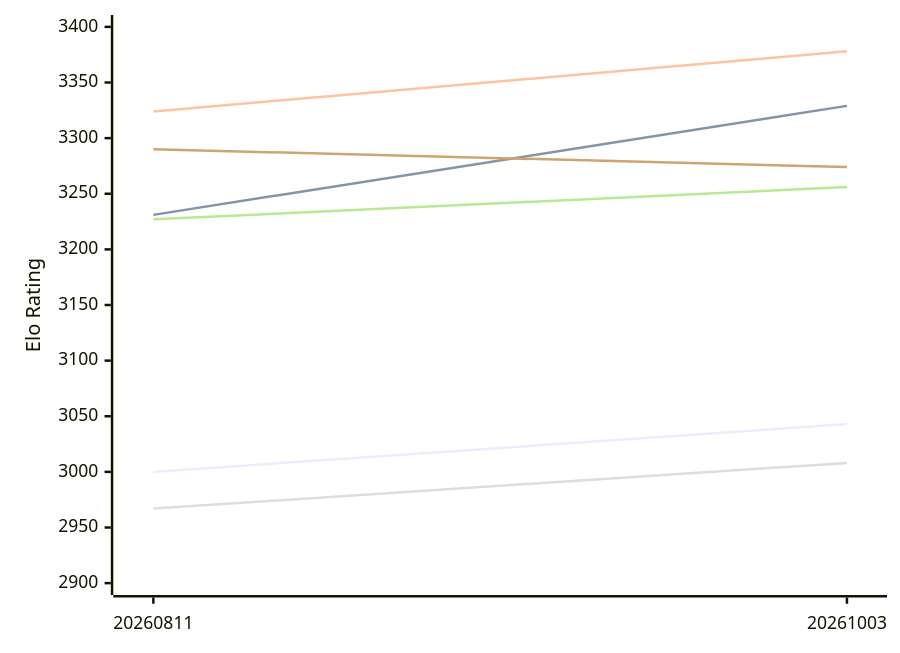
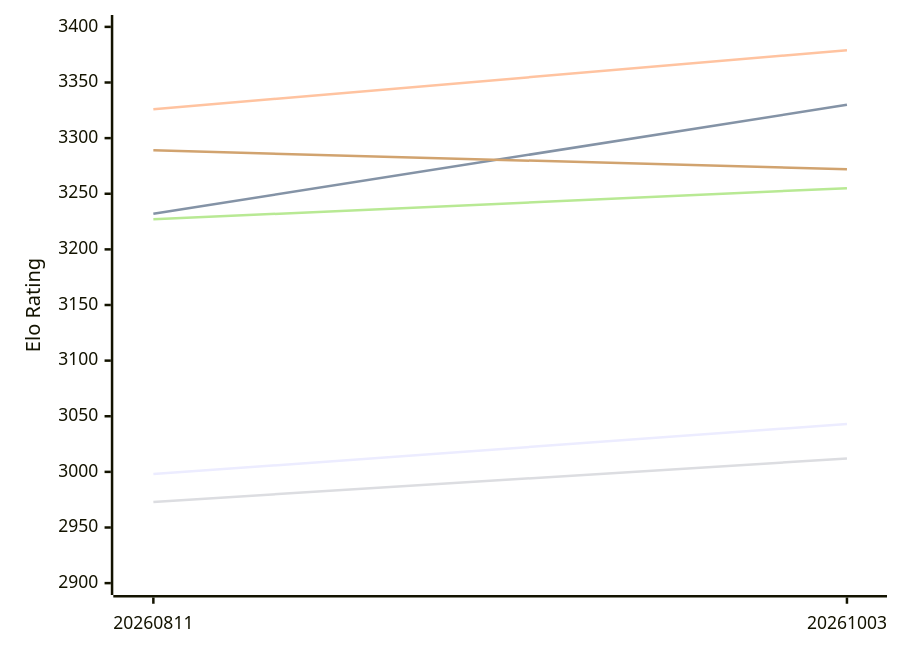
One commit to computer-chess-index/cci changed the first of 2 diagrams in engines/Askaig.md. Above: the diagram before and after it, drawn with Mermaid. The commit also changed other lines of this file, not shown here.

Commit message:
Update CCI Ratings (ELO VLTC) - 2026-11-17

````diff
--- a/engines/Askaig.md
+++ b/engines/Askaig.md
@@ -52,12 +52,12 @@
 ```mermaid
 %%{init: {"theme":"base","themeVariables":{"seriesColors:['#a3a3a3','#222221','#faa371']}}}%%
 xychart-beta
   x-axis ["20260811", "20261003"]
   y-axis "Elo Rating" 2900 --> 3400
-  line "E1: STC (8.0+0.08s)" [3000, 3043]
-  line "E1: LTC (60.0+0.60s)" [3231, 3329]
-  line "E1: VLTC (2m24s+1.12s)" [3324, 3378]
-  line "P1: STC (8.0+0.08s)" [2967, 3008]
-  line "P1: LTC (60.0+0.60s)" [3227, 3256]
-  line "P1: VLTC (2m24s+1.12s)" [3290, 3274]
+  line "E1: STC (8.0+0.08s)" [2998, 3043]
+  line "E1: LTC (60.0+0.60s)" [3232, 3330]
+  line "E1: VLTC (2m24s+1.12s)" [3326, 3379]
+  line "P1: STC (8.0+0.08s)" [2973, 3012]
+  line "P1: LTC (60.0+0.60s)" [3227, 3255]
+  line "P1: VLTC (2m24s+1.12s)" [3289, 3272]
 ```
````
